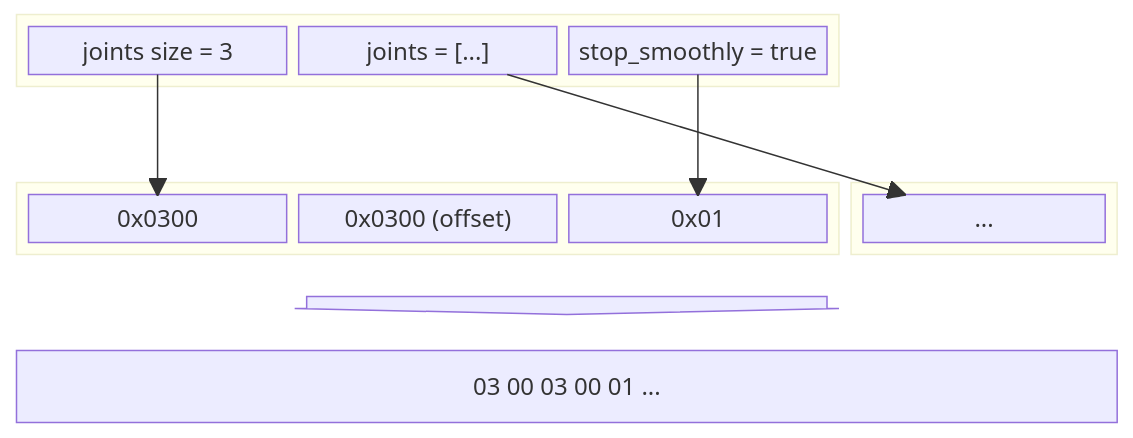
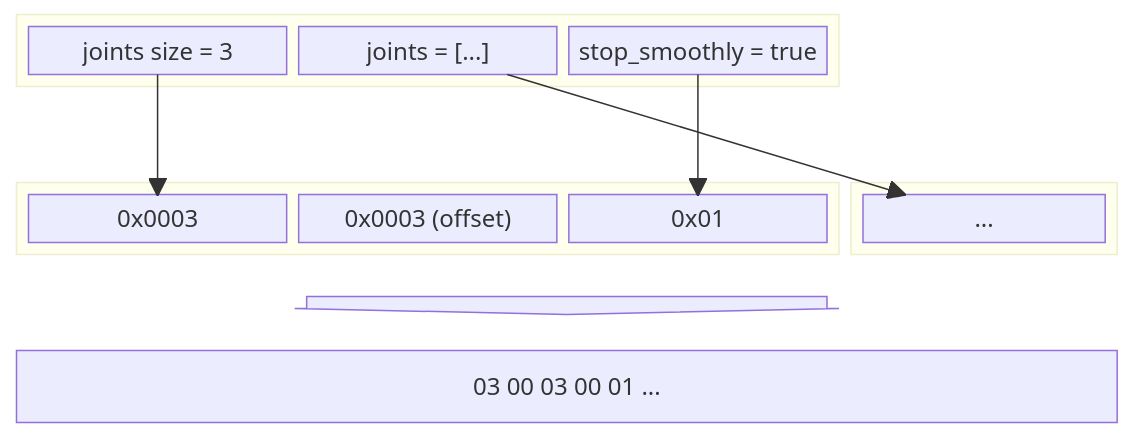
One commit to ZachDaChampion/simple-buffers changed the third of 5 diagrams in README.md. Above: the diagram before and after it, drawn with Mermaid.

Commit message:
Fix endianness in readme

````diff
--- a/README.md
+++ b/README.md
@@ -179,28 +179,28 @@
 ```mermaid
 block-beta
     columns 4
 
     block:raw:3
         rawjointslen["joints size = 3"]
         rawjoints["joints = [...]"]
         rawstop["stop_smoothly = true"]
     end
     space
     space:4
     block:serstatic:3
-        serjointslen["0x0300"]
-        serjointsptr["0x0300 (offset)"]
+        serjointslen["0x0003"]
+        serjointsptr["0x0003 (offset)"]
         serstop["0x01"]
     end
     block:serdyn:1
         serjointsdata["..."]
     end
     space:1 down<[" "]>(down):2 space:1
     block:final:4
         final["03 00 03 00 01 ..."]:4
     end
 
     rawjoints-->serjointsdata
     rawjointslen-->serjointslen
     rawstop-->serstop
 ```
````
